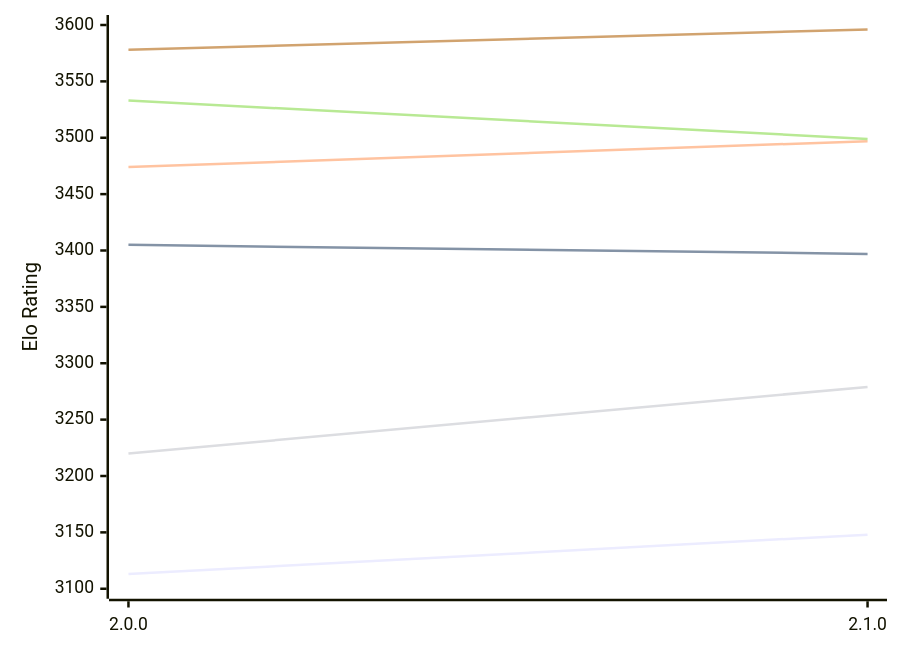
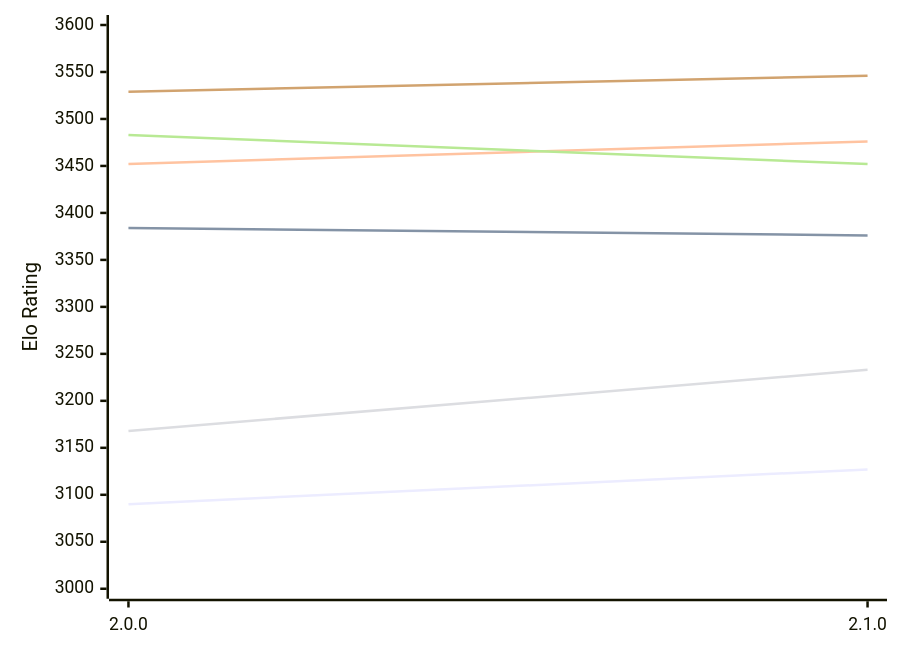
The diagram in engines/Sapling.md (computer-chess-index/cci), drawn with Mermaid before and after one commit. The commit also changed other lines of this file, not shown here.

Commit message:
Update CCI Ratings (ELO VLTC) - 2026-11-08

````diff
--- a/engines/Sapling.md
+++ b/engines/Sapling.md
@@ -49,12 +49,12 @@
 ```mermaid
 %%{init: {"theme":"base","themeVariables":{"seriesColors:['#a3a3a3','#222221','#faa371']}}}%%
 xychart-beta
   x-axis ["2.0.0", "2.1.0"]
-  y-axis "Elo Rating" 3100 --> 3600
-  line "E1: STC (8.0+0.08s)" [3113, 3148]
-  line "E1: LTC (60.0+0.60s)" [3405, 3397]
-  line "E1: VLTC (2m24s+1.12s)" [3474, 3497]
-  line "P1: STC (8.0+0.08s)" [3220, 3279]
-  line "P1: LTC (60.0+0.60s)" [3533, 3499]
-  line "P1: VLTC (2m24s+1.12s)" [3578, 3596]
+  y-axis "Elo Rating" 3000 --> 3600
+  line "E1: STC (8.0+0.08s)" [3090, 3127]
+  line "E1: LTC (60.0+0.60s)" [3384, 3376]
+  line "E1: VLTC (2m24s+1.12s)" [3452, 3476]
+  line "P1: STC (8.0+0.08s)" [3168, 3233]
+  line "P1: LTC (60.0+0.60s)" [3483, 3452]
+  line "P1: VLTC (2m24s+1.12s)" [3529, 3546]
 ```
````
